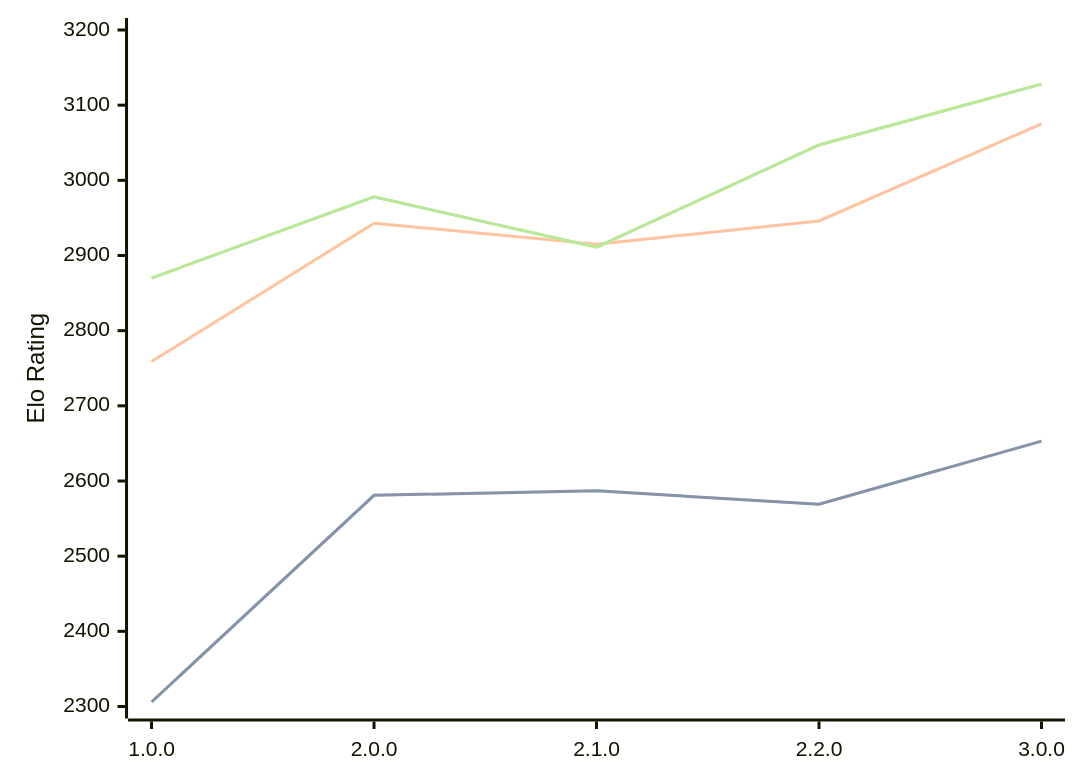
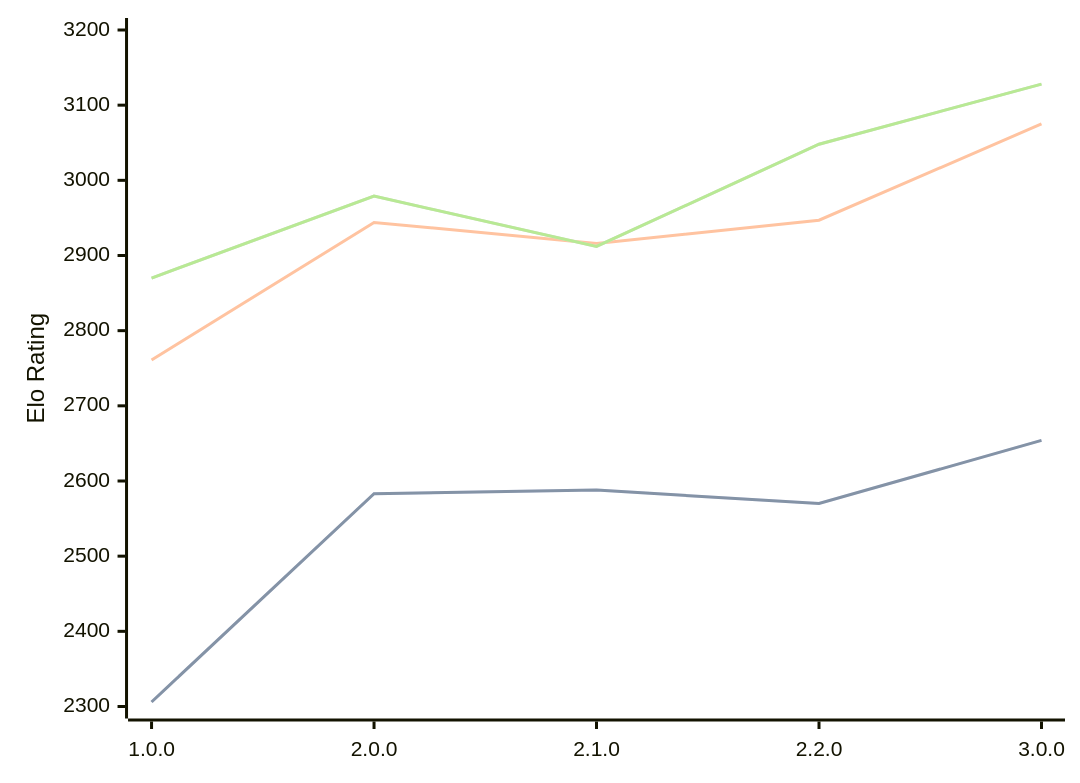
Before and after one commit to computer-chess-index/cci: the diagram in engines/Catalyst.md, drawn with Mermaid. The commit also changed other lines of this file, not shown here.

Commit message:
Update CCI Ratings (ELO VLTC) - 2026-08-21

````diff
--- a/engines/Catalyst.md
+++ b/engines/Catalyst.md
@@ -36,11 +36,11 @@
 ```mermaid
 %%{init: {"theme":"base","themeVariables":{"seriesColors:['#a3a3a3','#222221','#faa371']}}}%%
 xychart-beta
   x-axis ["1.0.0", "2.0.0", "2.1.0", "2.2.0", "3.0.0"]
   y-axis "Elo Rating" 2300 --> 3200
-  line "STC (8.0+0.08s)" [2306, 2581, 2587, 2569, 2653]
-  line "STC (8.0+0.08s)" [2306, 2581, 2587, 2569, 2653]
-  line "LTC (60.0+0.60s)" [2759, 2943, 2915, 2946, 3075]
-  line "VLTC (2m24s+1.12s)" [2870, 2978, 2911, 3047, 3128]
-  line "VLTC (2m24s+1.12s)" [2870, 2978, 2911, 3047, 3128]
+  line "STC (8.0+0.08s)" [2306, 2583, 2588, 2570, 2654]
+  line "STC (8.0+0.08s)" [2306, 2583, 2588, 2570, 2654]
+  line "LTC (60.0+0.60s)" [2761, 2944, 2916, 2947, 3075]
+  line "VLTC (2m24s+1.12s)" [2870, 2979, 2912, 3048, 3128]
+  line "VLTC (2m24s+1.12s)" [2870, 2979, 2912, 3048, 3128]
 ```
````
